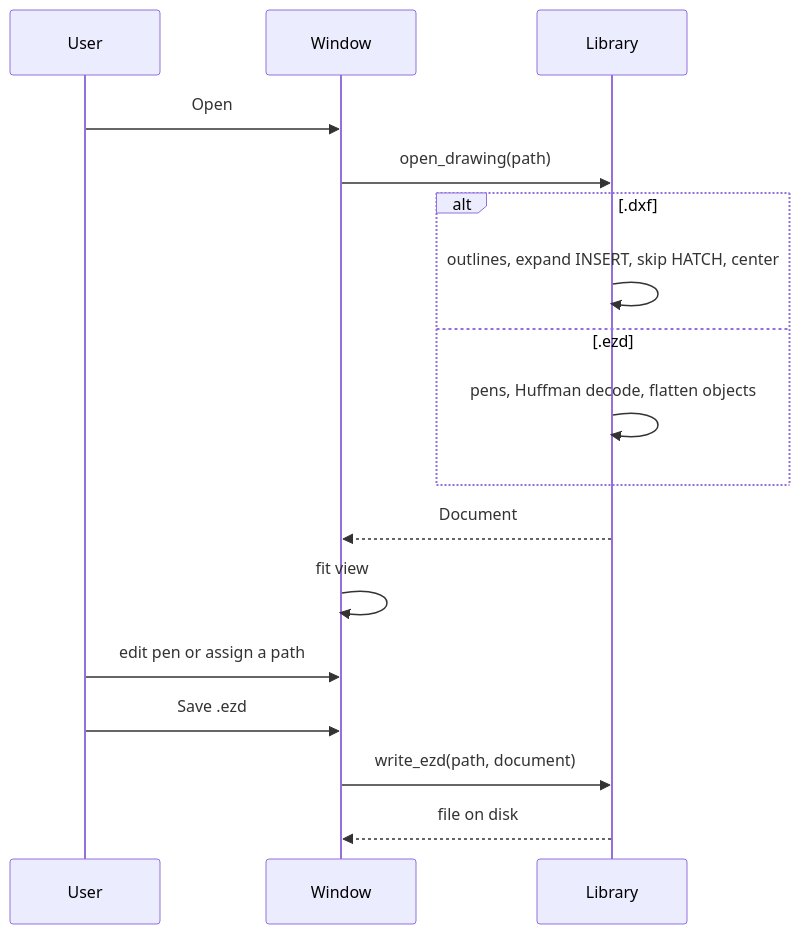
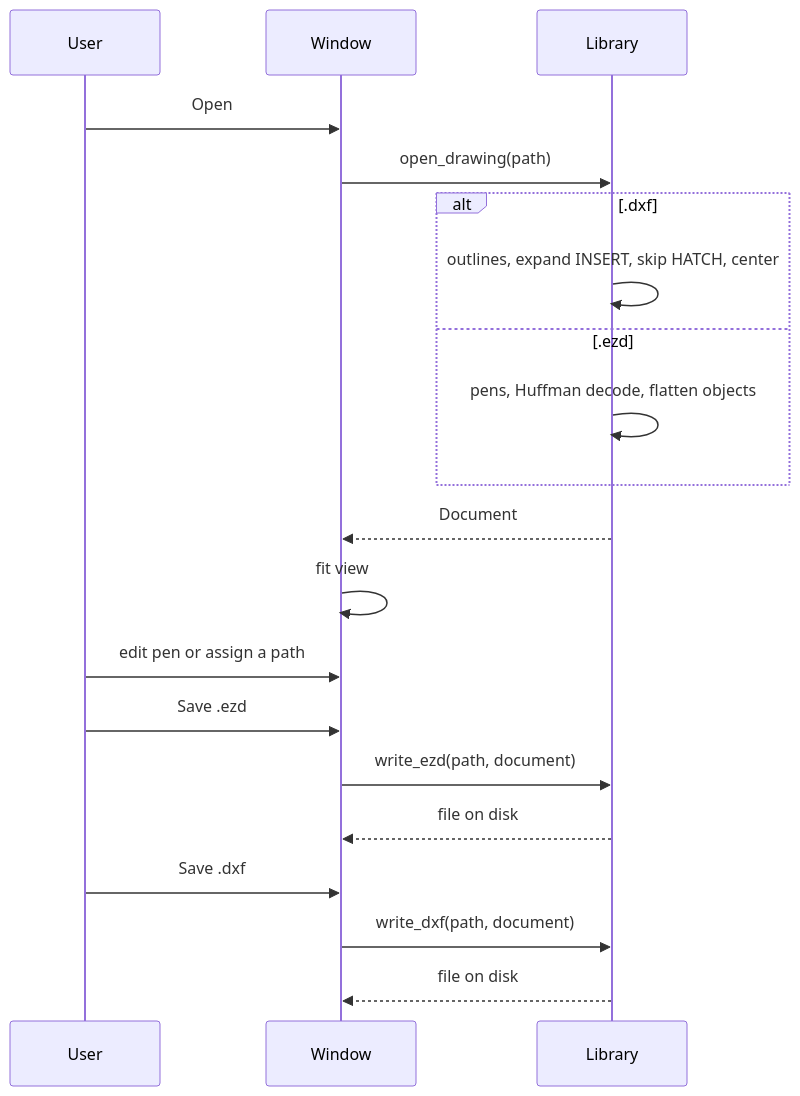
Before and after one commit to byellokore/ezd-studio: the third of 3 diagrams in docs/architecture.md, drawn with Mermaid. The commit also changed other lines of this file and 9 other files, not shown here.

````diff
--- a/docs/architecture.md
+++ b/docs/architecture.md
@@ -94,19 +95,22 @@
 ```mermaid
 sequenceDiagram
     participant User
     participant Window
     participant Library
     User->>Window: Open
     Window->>Library: open_drawing(path)
     alt .dxf
         Library->>Library: outlines, expand INSERT, skip HATCH, center
     else .ezd
         Library->>Library: pens, Huffman decode, flatten objects
     end
     Library-->>Window: Document
     Window->>Window: fit view
     User->>Window: edit pen or assign a path
     User->>Window: Save .ezd
     Window->>Library: write_ezd(path, document)
     Library-->>Window: file on disk
+    User->>Window: Save .dxf
+    Window->>Library: write_dxf(path, document)
+    Library-->>Window: file on disk
 ```
````
